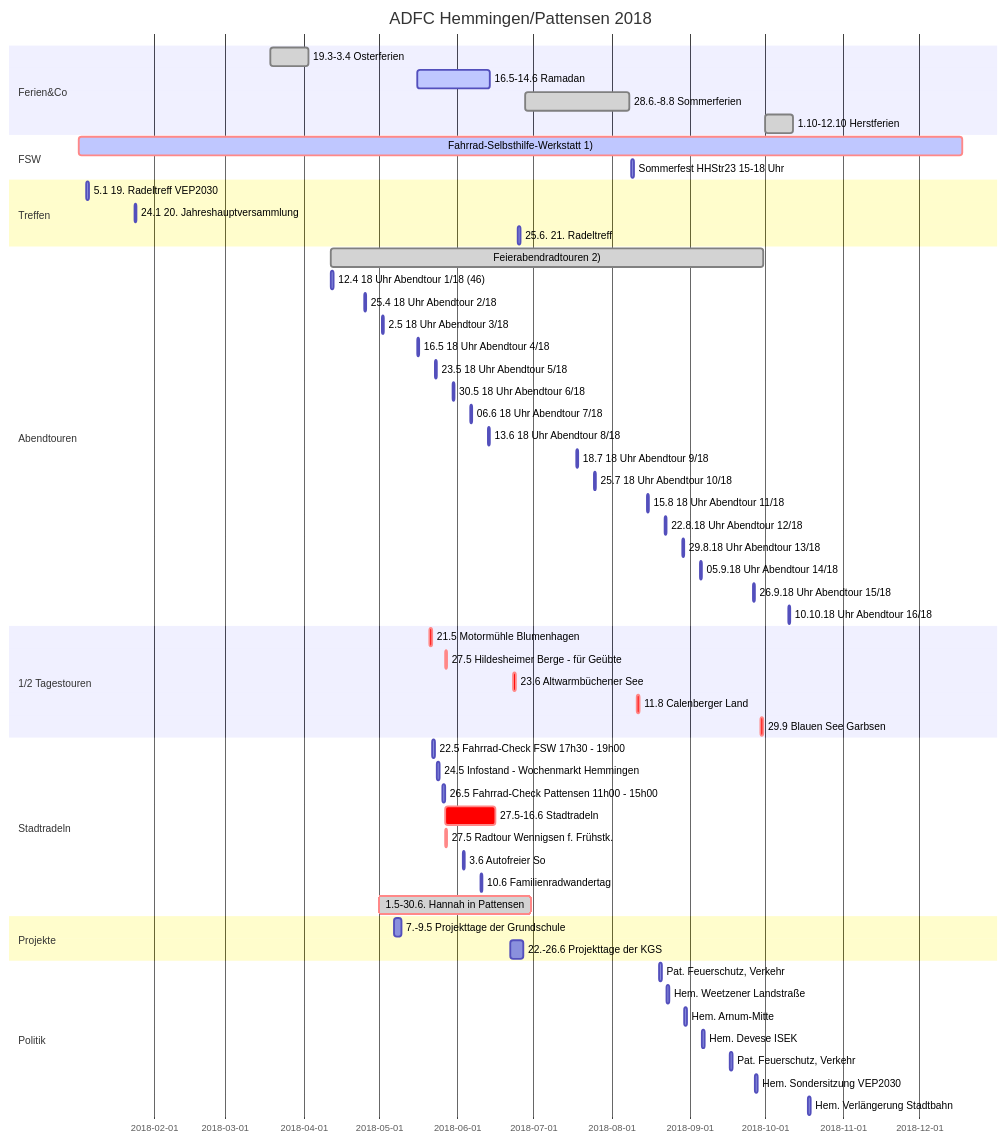
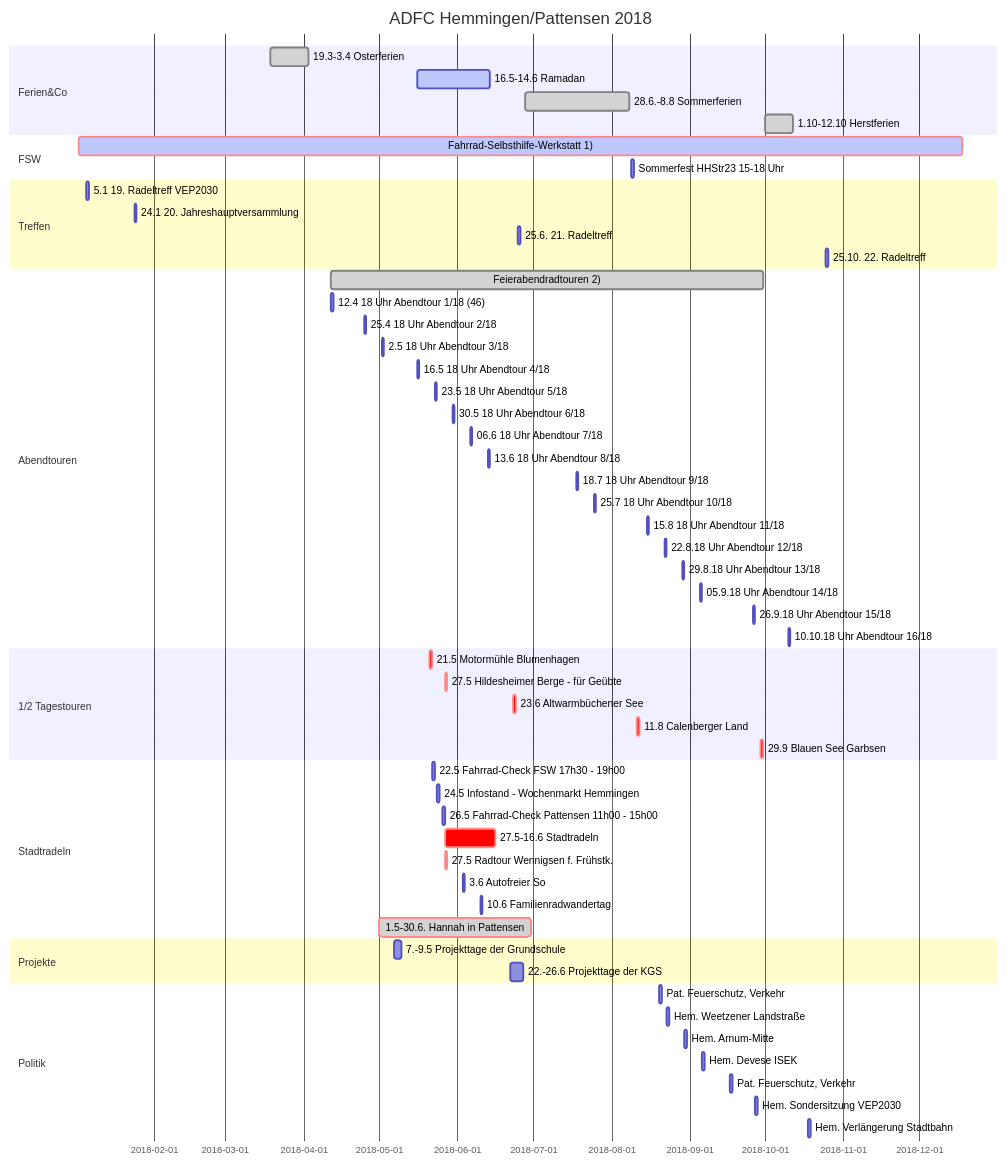
One commit to adfc-hemmingen-pattensen/adfc-hemmingen-pattensen.github.io changed the diagram in index.md. Above: the diagram before and after it, drawn with Mermaid. The commit also changed other lines of this file and 2 other files, not shown here.

````diff
--- a/index.md
+++ b/index.md
@@ -91,70 +94,71 @@
 ```mermaid
 gantt
   title ADFC Hemmingen/Pattensen 2018
   dateFormat  DD.MM.YY
 
 section Ferien&Co
   19.3-3.4 Osterferien                        :done,        19.03.18, 03.04.18
   16.5-14.6  Ramadan                          :active,done, 16.05.18, 14.06.18
   28.6.-8.8 Sommerferien                      :done,        28.06.18, 08.08.18
   1.10-12.10 Herstferien                      :done,        01.10.18, 12.10.18
 
 section FSW
   Fahrrad-Selbsthilfe-Werkstatt 1)            :crit,active, 02.01.18, 18.12.18
   Sommerfest HHStr23  15-18 Uhr      : 09.08.18, 1d
 
 section Treffen
   5.1 19. Radeltreff VEP2030        : 05.01.18, 1d
   24.1 20. Jahreshauptversammlung   : 24.01.18, 1d
   25.6. 21. Radeltreff              : 25.06.18, 1d
+  25.10. 22. Radeltreff             : 25.10.18, 1d
 
 section Abendtouren
   Feierabendradtouren 2)        :done, 12.04.18, 30.09.18
 12.4 18 Uhr Abendtour 1/18 (46) : 12.04.18,1d
 25.4 18 Uhr Abendtour 2/18    : 25.04.18,1d
 2.5 18 Uhr Abendtour 3/18     : 02.05.18,1d
 16.5 18 Uhr Abendtour 4/18     : 16.05.18,1d
 23.5 18 Uhr Abendtour 5/18      : 23.05.18,1d
 30.5 18 Uhr Abendtour 6/18      : 30.05.18,1d
 06.6 18 Uhr Abendtour 7/18      : 06.06.18,1d
 13.6 18 Uhr Abendtour 8/18      : 13.06.18,1d
 18.7 18 Uhr Abendtour 9/18      : 18.07.18,1d
 25.7 18 Uhr Abendtour 10/18      : 25.07.18,1d
 15.8 18 Uhr Abendtour 11/18      : 15.08.18,1d
 22.8.18 Uhr Abendtour 12/18      : 22.08.18,1d
 29.8.18 Uhr Abendtour 13/18      : 29.08.18,1d
 05.9.18 Uhr Abendtour 14/18      : 05.09.18,1d
 26.9.18 Uhr Abendtour 15/18      : 26.09.18,1d
 10.10.18 Uhr Abendtour 16/18	 : 10.10.18,1d
 
 section 1/2 Tagestouren
   21.5 Motormühle Blumenhagen   :crit, 21.05.18,1d
   27.5 Hildesheimer Berge - für Geübte :crit, 27.05.18, 1d
   23.6 Altwarmbüchener See      :crit, 23.06.18,1d
   11.8 Calenberger Land         :crit, 11.08.18,1d
   29.9 Blauen See Garbsen       :crit, 29.09.18,1d
 
 
 section Stadtradeln
   22.5 Fahrrad-Check FSW 17h30 - 19h00                     :             22.05.18, 1d
   24.5 Infostand - Wochenmarkt Hemmingen : 24.05.18,1d
   26.5 Fahrrad-Check Pattensen 11h00 - 15h00              :             26.05.18, 1d
   27.5-16.6 Stadtradeln                       : crit,       27.05.18, 16.06.18
   27.5 Radtour Wennigsen f. Frühstk.          : crit,       27.05.18, 1d
   3.6 Autofreier So                           :             03.06.18, 1d
   10.6 Familienradwandertag                   :             10.06.18, 1d
   1.5-30.6.  Hannah in Pattensen              :crit, done,  01.05.18, 30.06.18
 
 section Projekte
   7.-9.5 Projekttage der Grundschule      :07.05.18, 3d
   22.-26.6 Projekttage der KGS      :22.06.18, 5d
 
 section Politik
   Pat. Feuerschutz, Verkehr                         :20.08.18, 1d
   Hem. Weetzener Landstraße                         :23.08.18, 1d
   Hem. Arnum-Mitte                                  :30.08.18, 1d
   Hem. Devese ISEK                                  :06.09.18, 1d
   Pat. Feuerschutz, Verkehr                         :17.09.18, 1d
   Hem. Sondersitzung VEP2030                        :27.09.18, 1d
   Hem. Verlängerung Stadtbahn                       :18.10.18, 1d
 ```
````
